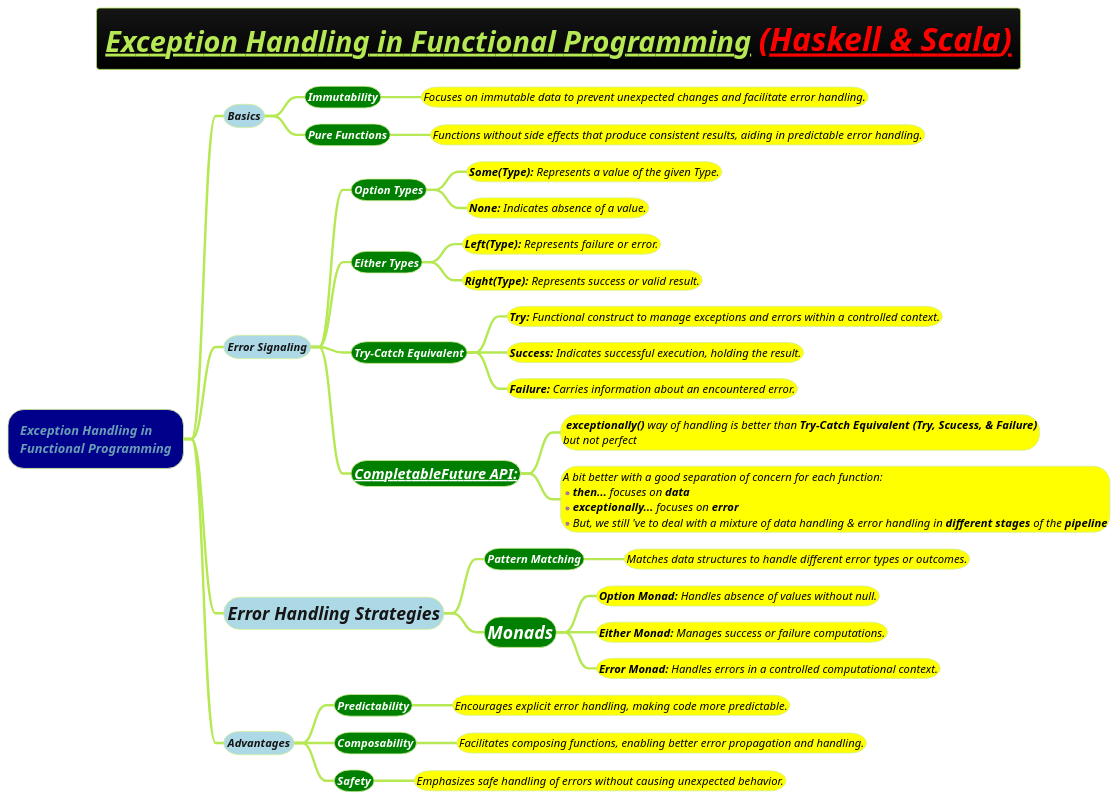
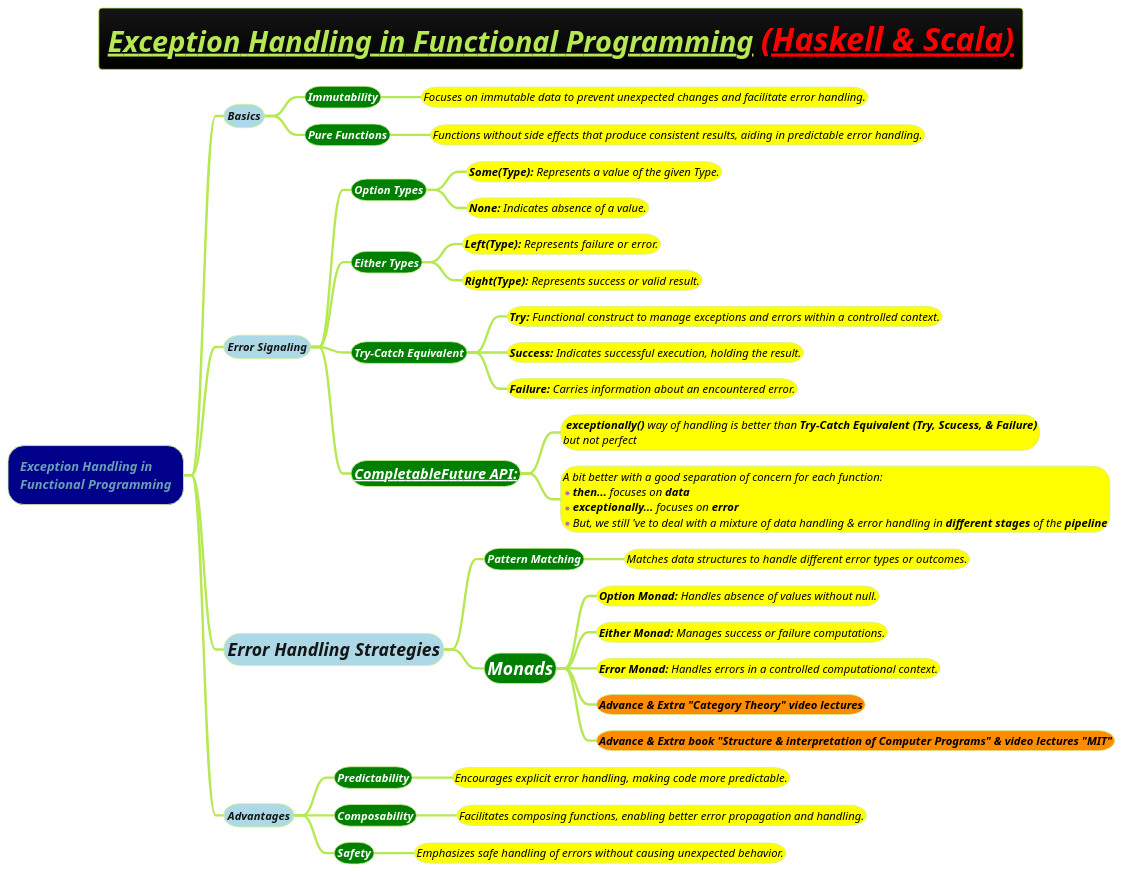
The diagram in docs/3-programming-languages/Venkat-Subramaniam/Exception-Handling-in-haskell-and-scala.puml (MehmoodHashmi/Documentation-as-Code-DaC), drawn with PlantUML before and after one commit. The commit also changed 5 other files, not shown here.

```diff
--- a/docs/3-programming-languages/Venkat-Subramaniam/Exception-Handling-in-haskell-and-scala.puml
+++ b/docs/3-programming-languages/Venkat-Subramaniam/Exception-Handling-in-haskell-and-scala.puml
@@ -1,47 +1,49 @@
 @startmindmap
 title =<i><b><u>Exception Handling in Functional Programming <color #red>(Haskell & Scala)
 !theme hacker
 
 
 
 
 
 
 *[#darkblue] <i>Exception Handling in\n<i>Functional Programming
 **[#lightblue] <i><color #blac><size:14>Basics
 ***[#green] <b><i><color #white><size:14>Immutability
 ****[#yellow] <i><color #black><size:14>Focuses on immutable data to prevent unexpected changes and facilitate error handling.
 ***[#green] <b><i><color #white><size:14>Pure Functions
 ****[#yellow] <i><color #black><size:14>Functions without side effects that produce consistent results, aiding in predictable error handling.
 **[#lightblue] <i><color #blac><size:14>Error Signaling
 ***[#green] <b><i><color #white><size:14>Option Types
 ****[#yellow] <i><color #black><size:14>**Some(Type):** Represents a value of the given Type.
 ****[#yellow] <i><color #black><size:14>**None:** Indicates absence of a value.
 ***[#green] <b><i><color #white><size:14>Either Types
 ****[#yellow] <i><color #black><size:14>**Left(Type):** Represents failure or error.
 ****[#yellow] <i><color #black><size:14>**Right(Type):** Represents success or valid result.
 ***[#green] <b><i><color #white><size:14>Try-Catch Equivalent
 ****[#yellow] <i><color #black><size:14>**Try:** Functional construct to manage exceptions and errors within a controlled context.
 ****[#yellow] <i><color #black><size:14>**Success:** Indicates successful execution, holding the result.
 ****[#yellow] <i><color #black><size:14>**Failure:** Carries information about an encountered error.
 ***[#green] <b><i><color #white><size:18>[[docs/3-programming-languages/Venkat-Subramaniam/CompletableFuture.puml CompletableFuture API:]]
 ****[#yellow] <i><color #black><size:14> <b>exceptionally()</b> way of handling is better than <b>Try-Catch Equivalent (Try, Scucess, & Failure)\n<i><color #black><size:14>but not perfect
 ****[#yellow]:<i><color #black><size:14>A bit better with a good separation of concern for each function:
 *<i><color #black><size:14><b>then...</b> focuses on <b>data
 *<i><color #black><size:14><b>exceptionally...</b> focuses on <b>error
 *<i><color #black><size:14>But, we still 've to deal with a mixture of data handling & error handling in <b>different stages</b> of the <b>pipeline;
 **[#lightblue] <i><color #blac><size:22>Error Handling Strategies
 ***[#green] <b><i><color #white><size:14>Pattern Matching
 ****[#yellow] <i><color #black><size:14>Matches data structures to handle different error types or outcomes.
 ***[#green] <b><i><color #white><size:22>Monads
 ****[#yellow] <i><color #black><size:14>**Option Monad:** Handles absence of values without null.
 ****[#yellow] <i><color #black><size:14>**Either Monad:** Manages success or failure computations.
 ****[#yellow] <i><color #black><size:14>**Error Monad:** Handles errors in a controlled computational context.
+****[#darkorange] <b><i><color #black><size:14>Advance & Extra "Category Theory" video lectures
+****[#darkorange] <b><i><color #black><size:14>Advance & Extra book "Structure & interpretation of Computer Programs" & video lectures "MIT"
 **[#lightblue] <i><color #blac><size:14>Advantages
 ***[#green] <b><i><color #white><size:14>Predictability
 ****[#yellow] <i><color #black><size:14>Encourages explicit error handling, making code more predictable.
 ***[#green] <b><i><color #white><size:14>Composability
 ****[#yellow] <i><color #black><size:14>Facilitates composing functions, enabling better error propagation and handling.
 ***[#green] <b><i><color #white><size:14>Safety
 ****[#yellow] <i><color #black><size:14>Emphasizes safe handling of errors without causing unexpected behavior.
 @endmindmap
```
